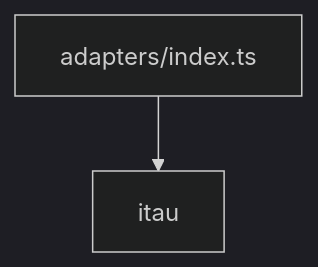
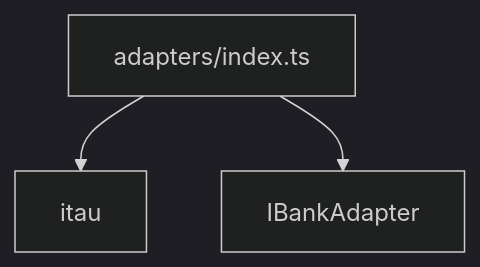
The diagram in src/adapters/index.doc.md (linkiez/BoletoSDK), drawn with Mermaid (dark theme) before and after one commit. The commit also changed other lines of this file and 28 other files, not shown here.

````diff
--- a/src/adapters/index.doc.md
+++ b/src/adapters/index.doc.md
@@ -25,4 +26,5 @@
 ```mermaid
 flowchart TD
   A[adapters/index.ts] --> B[itau]
+  A --> C[IBankAdapter]
 ```
````
